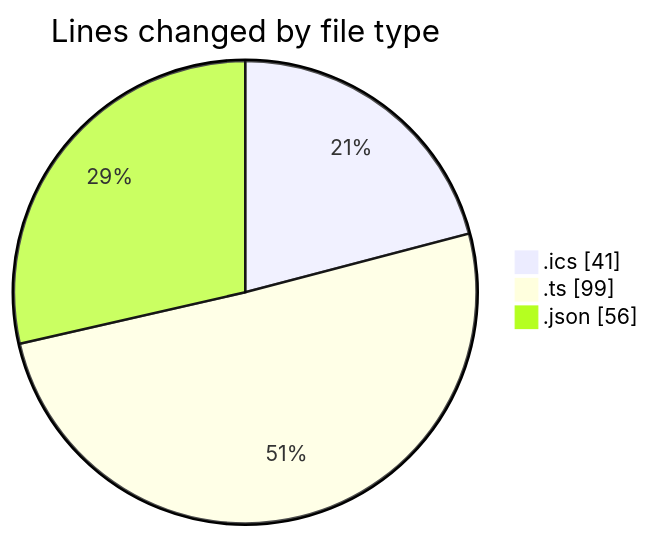
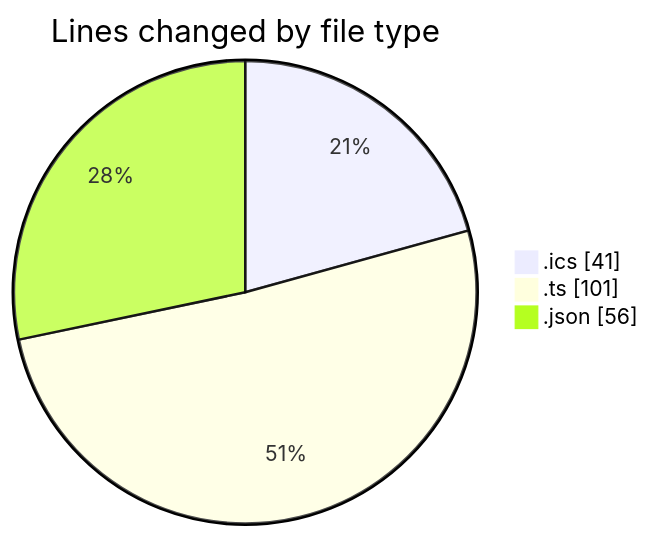
Before and after one commit to momahboobian/code-tracking: the first of 2 diagrams in 2025-10-28/cda/README.md, drawn with Mermaid. The commit also changed other lines of this file and 1 other file, not shown here.

````diff
--- a/2025-10-28/cda/README.md
+++ b/2025-10-28/cda/README.md
@@ -23,7 +23,7 @@
 ```mermaid
 pie showData
 title Lines changed by file type
 ".ics" : 41
-".ts" : 99
+".ts" : 101
 ".json" : 56
 ```
````
